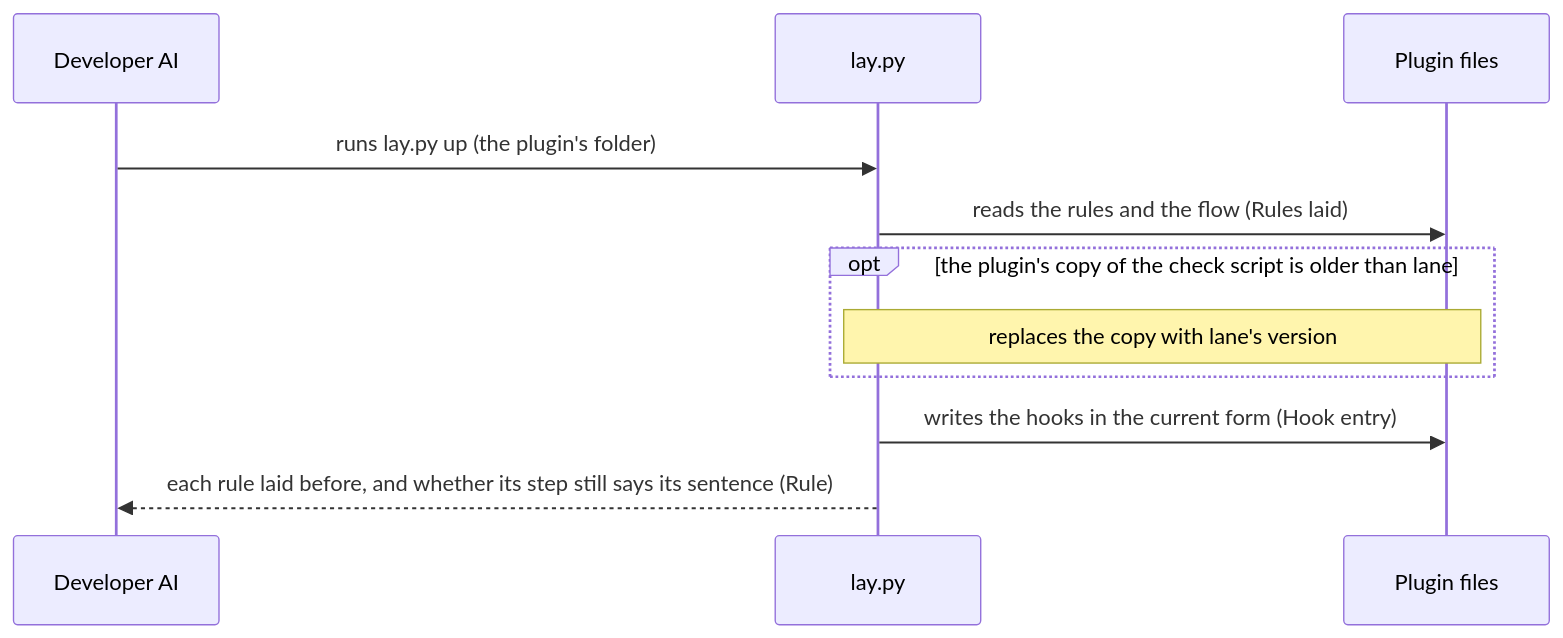
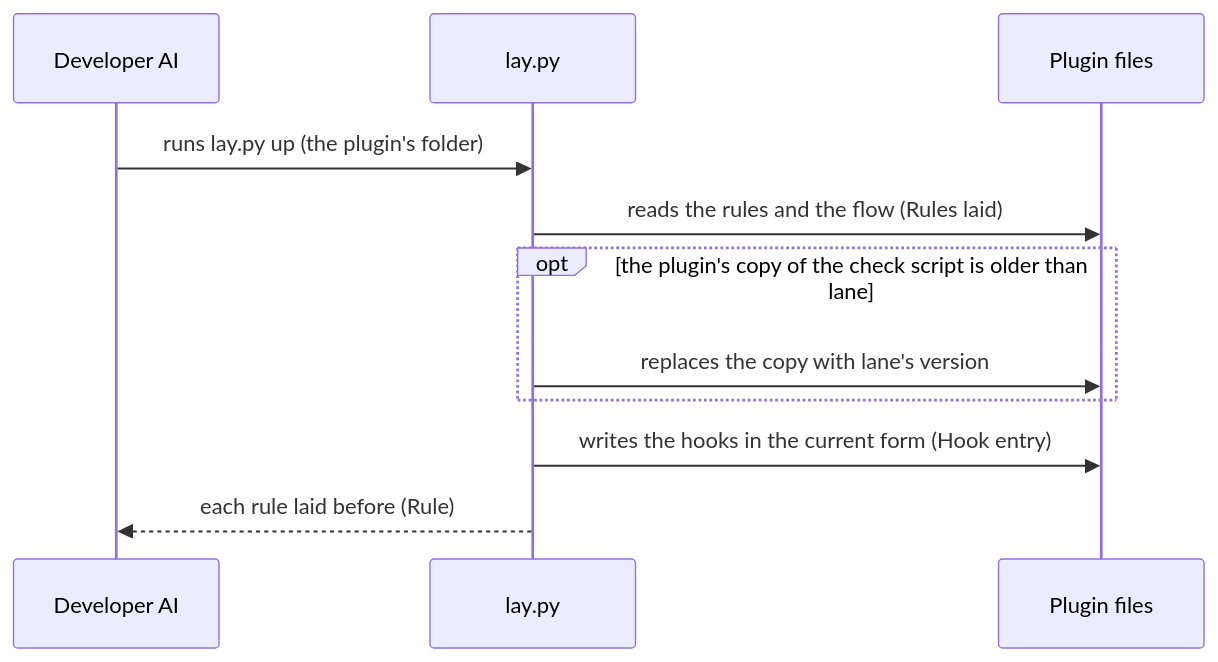
The third of 7 diagrams in dev/lane/architecture.md (lovaizu/ccpm), drawn with Mermaid before and after one commit. The commit also changed other lines of this file and 2 other files, not shown here.

First line of the commit message:
Mend lane's UX, README and architecture on a fresh evaluator's reading

````diff
--- a/dev/lane/architecture.md
+++ b/dev/lane/architecture.md
@@ -263,13 +283,13 @@
 ```mermaid
 sequenceDiagram
   participant DA as Developer AI
   participant L as lay.py
   participant PF as Plugin files
   DA->>L: runs lay.py up (the plugin's folder)
   L->>PF: reads the rules and the flow (Rules laid)
   opt the plugin's copy of the check script is older than lane
-    Note over L,PF: replaces the copy with lane's version
+    L->>PF: replaces the copy with lane's version
   end
   L->>PF: writes the hooks in the current form (Hook entry)
-  L-->>DA: each rule laid before, and whether its step still says its sentence (Rule)
+  L-->>DA: each rule laid before (Rule)
 ```
````
